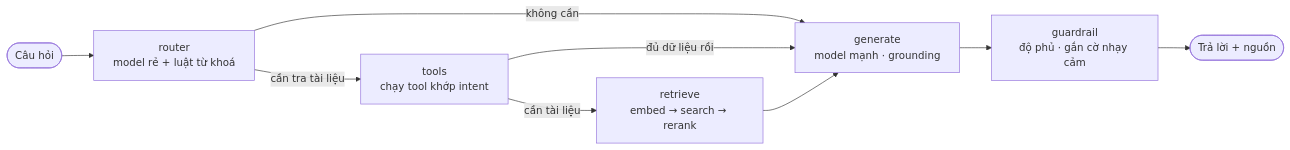
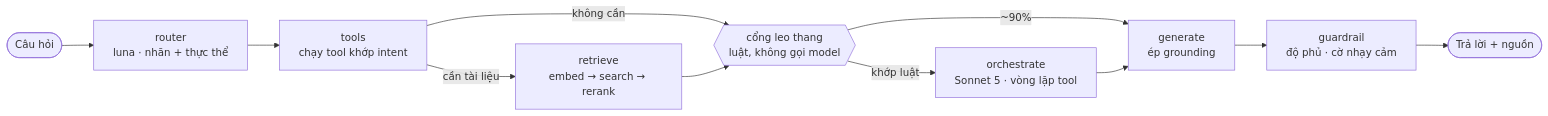
The second of 5 diagrams in docs/architecture_diagram.md (DQHuyyyyy/Sale_mate), drawn with Mermaid before and after one commit. The commit also changed other lines of this file and 101 other files, not shown here.

````diff
--- a/docs/architecture_diagram.md
+++ b/docs/architecture_diagram.md
@@ -82,11 +82,13 @@
 ```mermaid
 graph LR
-    START(["Câu hỏi"]) --> Router["router<br/>model rẻ + luật từ khoá"]
-    Router -->|cần tra tài liệu| Tools["tools<br/>chạy tool khớp intent"]
-    Router -->|không cần| Generate
+    START(["Câu hỏi"]) --> Router["router<br/>luna · nhãn + thực thể"]
+    Router --> Tools["tools<br/>chạy tool khớp intent"]
     Tools -->|cần tài liệu| Retrieve["retrieve<br/>embed → search → rerank"]
-    Tools -->|đủ dữ liệu rồi| Generate
-    Retrieve --> Generate["generate<br/>model mạnh · grounding"]
-    Generate --> Guard["guardrail<br/>độ phủ · gắn cờ nhạy cảm"]
+    Tools -->|không cần| Cong
+    Retrieve --> Cong{{"cổng leo thang<br/>luật, không gọi model"}}
+    Cong -->|~90%| Generate
+    Cong -->|khớp luật| Orch["orchestrate<br/>Sonnet 5 · vòng lặp tool"]
+    Orch --> Generate["generate<br/>ép grounding"]
+    Generate --> Guard["guardrail<br/>độ phủ · cờ nhạy cảm"]
     Guard --> END(["Trả lời + nguồn"])
 ```
````
